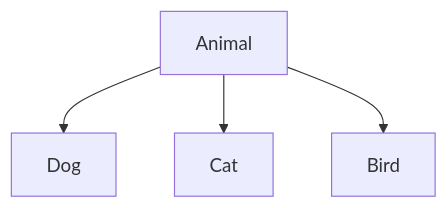
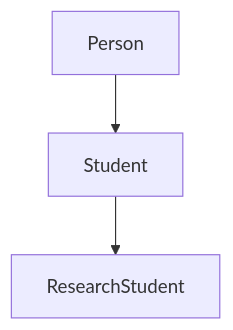
Before and after one commit to VishnuKumpati/KVCET_Year1_Content: the third of 5 diagrams in modules/m4-object-oriented-programming/wk10-inheritance-and-polymorphism/4-types-of-inheritance.md, drawn with Mermaid. The commit also changed other lines of this file and 14 other files, not shown here.

````diff
--- a/modules/m4-object-oriented-programming/wk10-inheritance-and-polymorphism/4-types-of-inheritance.md
+++ b/modules/m4-object-oriented-programming/wk10-inheritance-and-polymorphism/4-types-of-inheritance.md
@@ -82,6 +136,5 @@
 ```mermaid
 flowchart TD
-    A["Animal"] --> B["Dog"]
-    A --> C["Cat"]
-    A --> D["Bird"]
+    A["Person"] --> B["Student"]
+    B --> C["ResearchStudent"]
 ```
````
